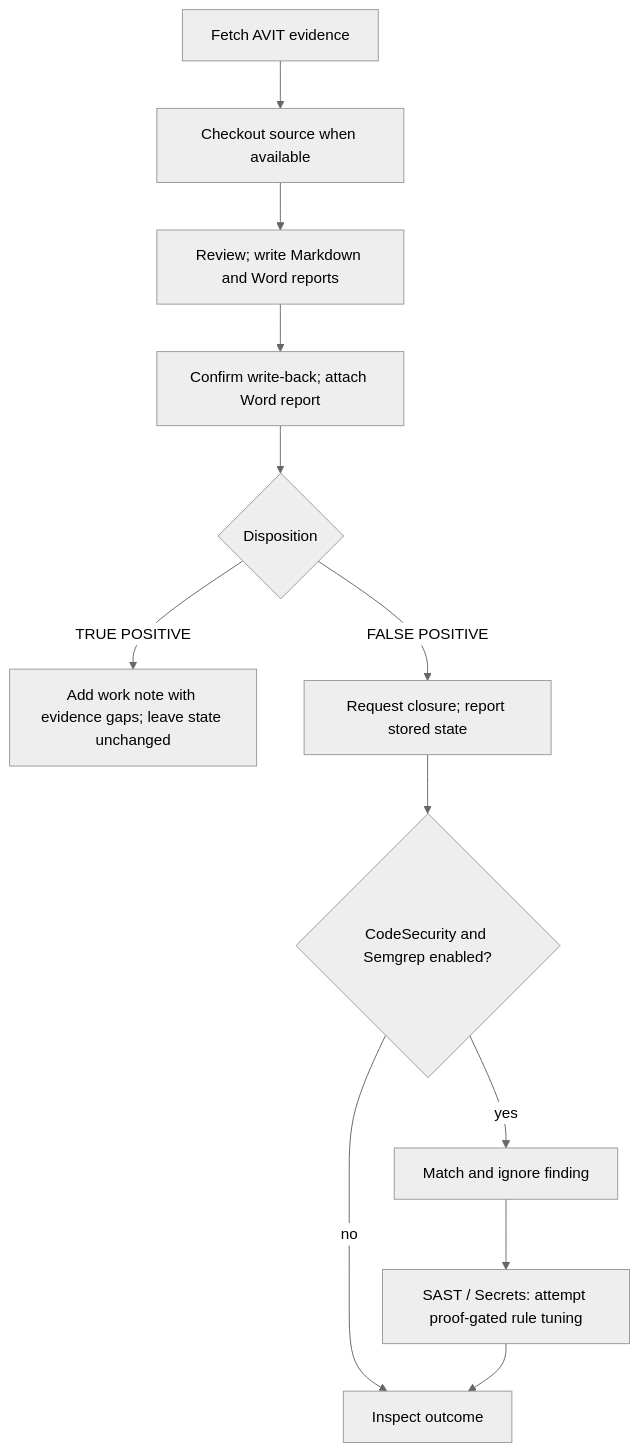
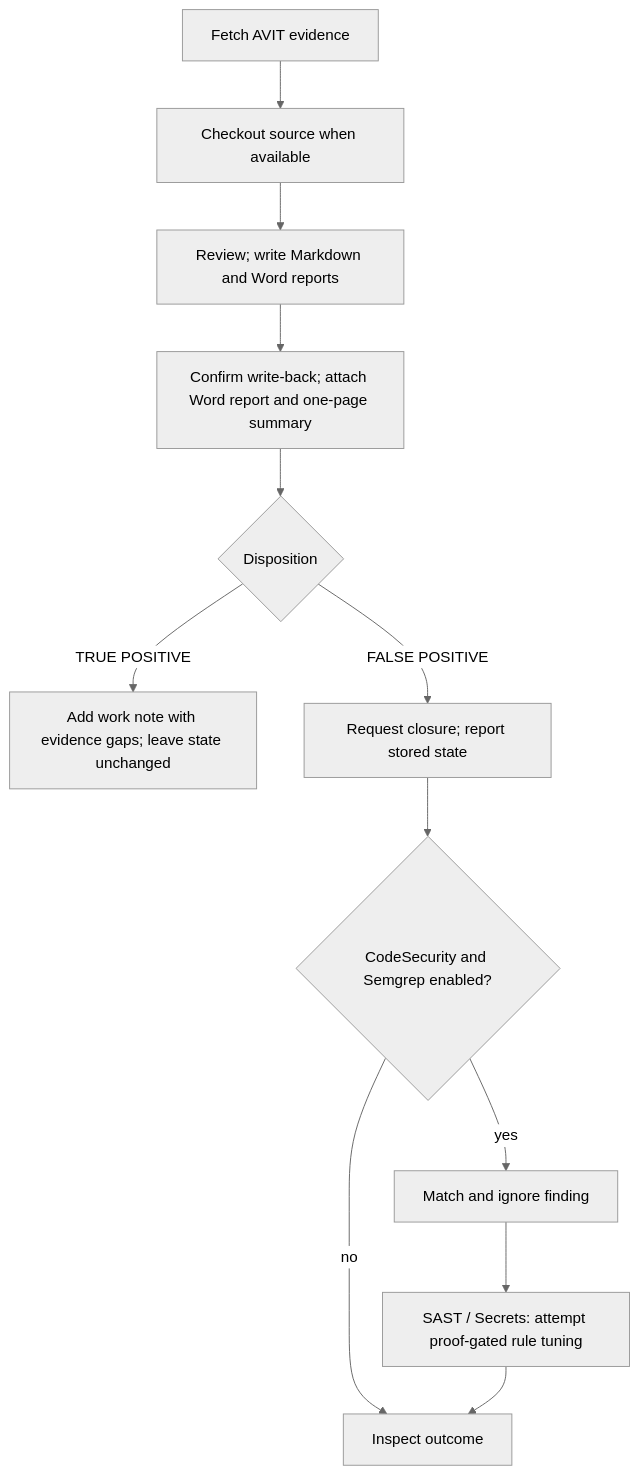
The diagram in docs/avit-integration.md (h0p3sf4ll/threatlint), drawn with Mermaid (neutral theme) before and after one commit. The commit also changed other lines of this file and 30 other files, not shown here.

First line of the commit message:
Replace the PowerPoint summary with a one-page PDF attached beside tracker reports

````diff
--- a/docs/avit-integration.md
+++ b/docs/avit-integration.md
@@ -192,14 +196,14 @@
 ```mermaid
 flowchart TD
     A["Fetch AVIT evidence"] --> B["Checkout source when available"]
     B --> C["Review; write Markdown and Word reports"]
-    C --> D["Confirm write-back; attach Word report"]
+    C --> D["Confirm write-back; attach Word report and one-page summary"]
     D --> E{"Disposition"}
     E -- "TRUE POSITIVE" --> F["Add work note with evidence gaps; leave state unchanged"]
     E -- "FALSE POSITIVE" --> G["Request closure; report stored state"]
     G --> H{"CodeSecurity and Semgrep enabled?"}
     H -- no --> I["Inspect outcome"]
     H -- yes --> J["Match and ignore finding"]
     J --> K["SAST / Secrets: attempt proof-gated rule tuning"]
     K --> I
 ```
````
